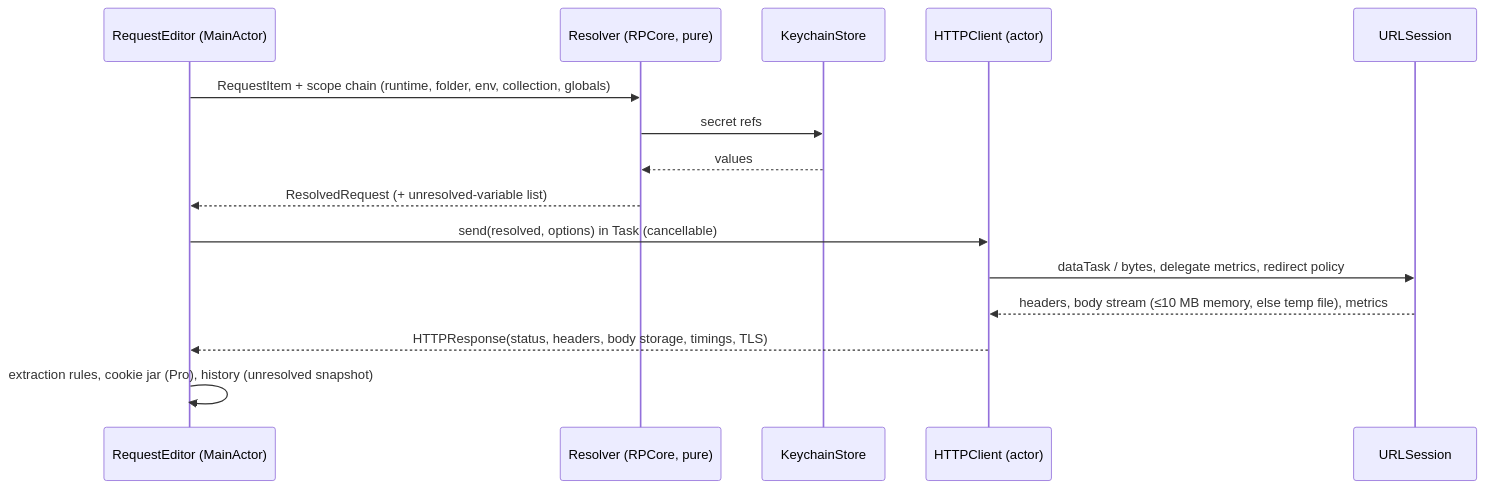
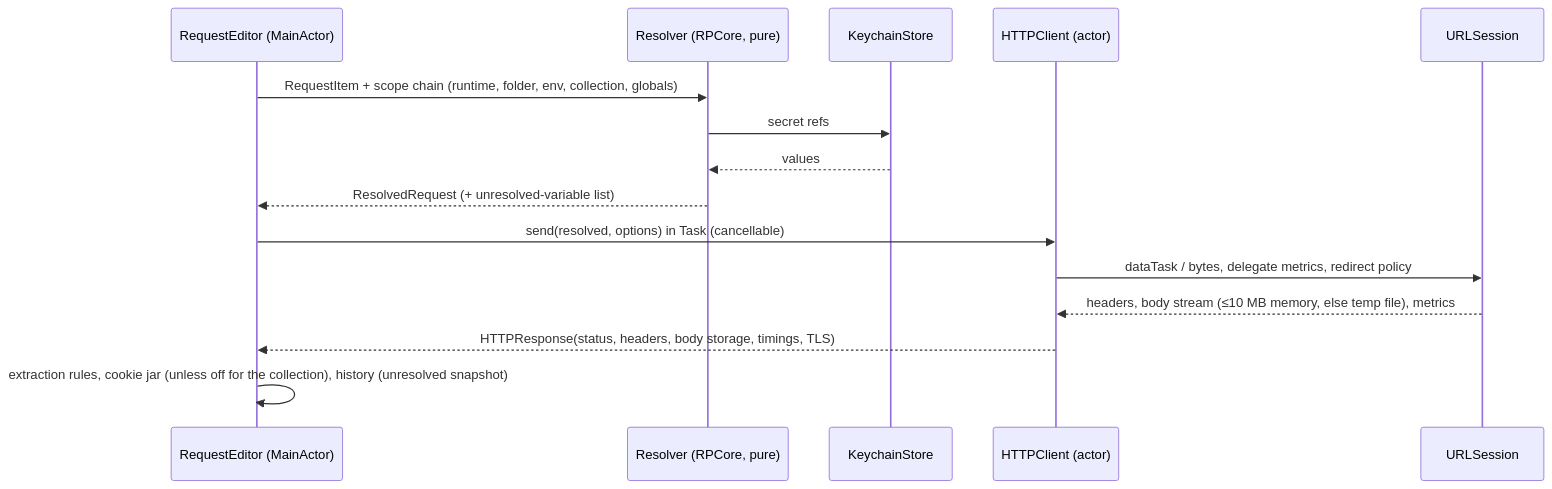
One commit to Eonix-Pvt-Ltd/RequestPad changed the second of 2 diagrams in docs/ARCHITECTURE.md. Above: the diagram before and after it, drawn with Mermaid. The commit also changed other lines of this file and 85 other files, not shown here.

````diff
--- a/docs/ARCHITECTURE.md
+++ b/docs/ARCHITECTURE.md
@@ -82,17 +80,17 @@
 ```mermaid
 sequenceDiagram
   participant V as RequestEditor (MainActor)
   participant R as Resolver (RPCore, pure)
   participant K as KeychainStore
   participant H as HTTPClient (actor)
   participant S as URLSession
   V->>R: RequestItem + scope chain (runtime, folder, env, collection, globals)
   R->>K: secret refs
   K-->>R: values
   R-->>V: ResolvedRequest (+ unresolved-variable list)
   V->>H: send(resolved, options) in Task (cancellable)
   H->>S: dataTask / bytes, delegate metrics, redirect policy
   S-->>H: headers, body stream (≤10 MB memory, else temp file), metrics
   H-->>V: HTTPResponse(status, headers, body storage, timings, TLS)
-  V->>V: extraction rules, cookie jar (Pro), history (unresolved snapshot)
+  V->>V: extraction rules, cookie jar (unless off for the collection), history (unresolved snapshot)
 ```
````
